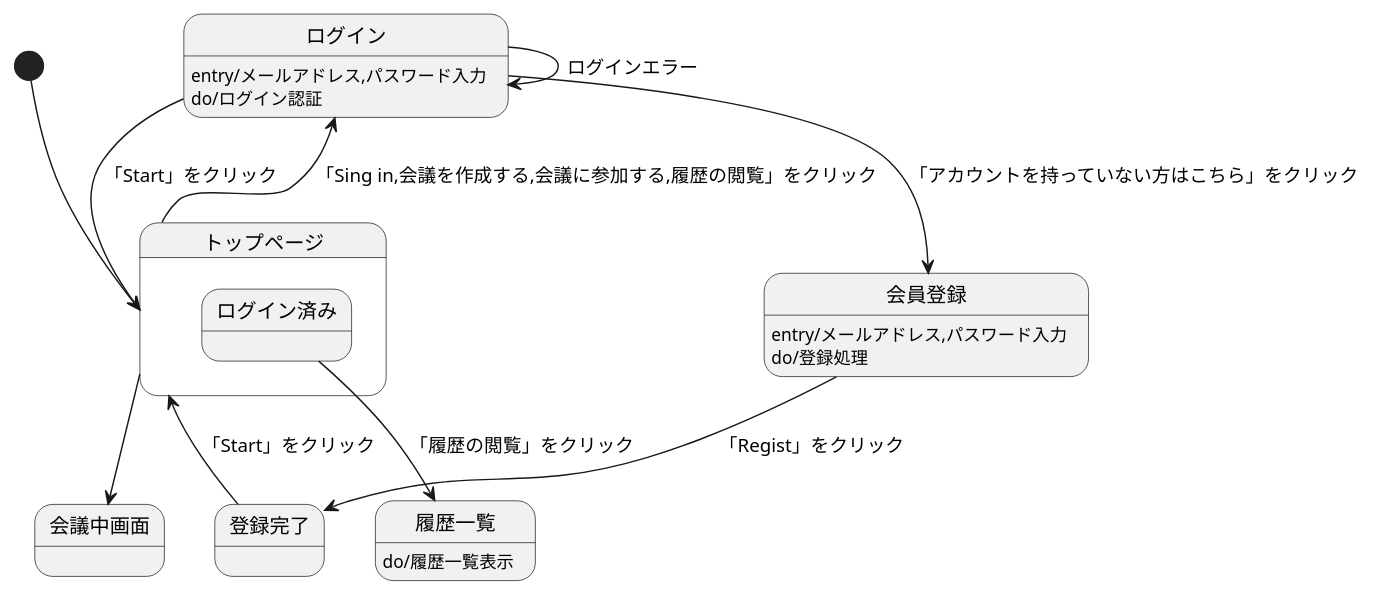
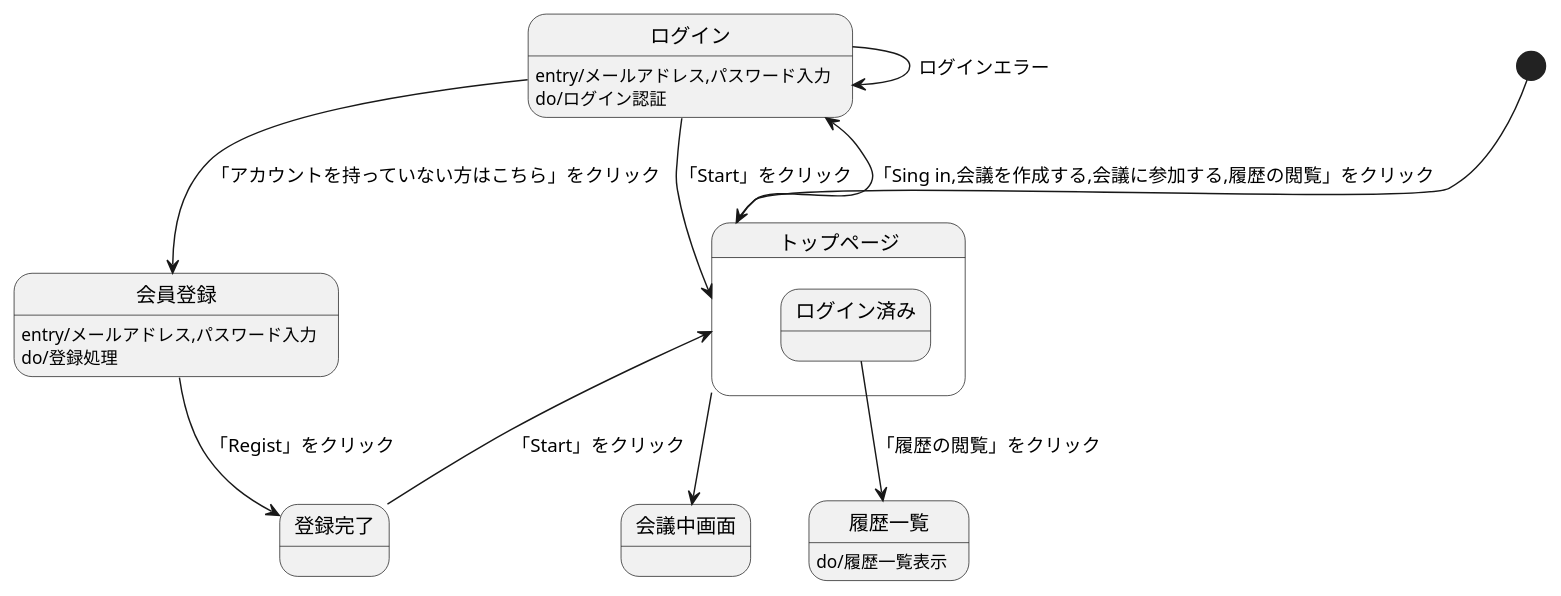
Before and after one commit to Aso2001031/2021sys-design: the diagram in 画面遷移図.md, drawn with PlantUML.

````diff
--- a/画面遷移図.md
+++ b/画面遷移図.md
@@ -1,32 +1,32 @@
 ```uml
 @startuml
 
 [*] -down-> トップページ
 
 State トップページ {
   state ログイン済み {
   
   }
 }
-トップページ --> ログイン :「Sing in,会議を作成する,会議に参加する,履歴の閲覧」をクリック
+トップページ -right-> ログイン :「Sing in,会議を作成する,会議に参加する,履歴の閲覧」をクリック
 トップページ --> 会議中画面
 
 
 ログイン : entry/メールアドレス,パスワード入力
 ログイン : do/ログイン認証
 ログイン --> トップページ :「Start」をクリック
 ログイン --> 会員登録 :「アカウントを持っていない方はこちら」をクリック
 ログイン --> ログイン :ログインエラー
 
 会員登録 : entry/メールアドレス,パスワード入力
 会員登録 : do/登録処理
 会員登録 --> 登録完了 : 「Regist」をクリック
 
 登録完了 --> トップページ :「Start」をクリック
 
 ログイン済み --> 履歴一覧 :「履歴の閲覧」をクリック
 
 履歴一覧 :do/履歴一覧表示
 
 @enduml
 ```
````
